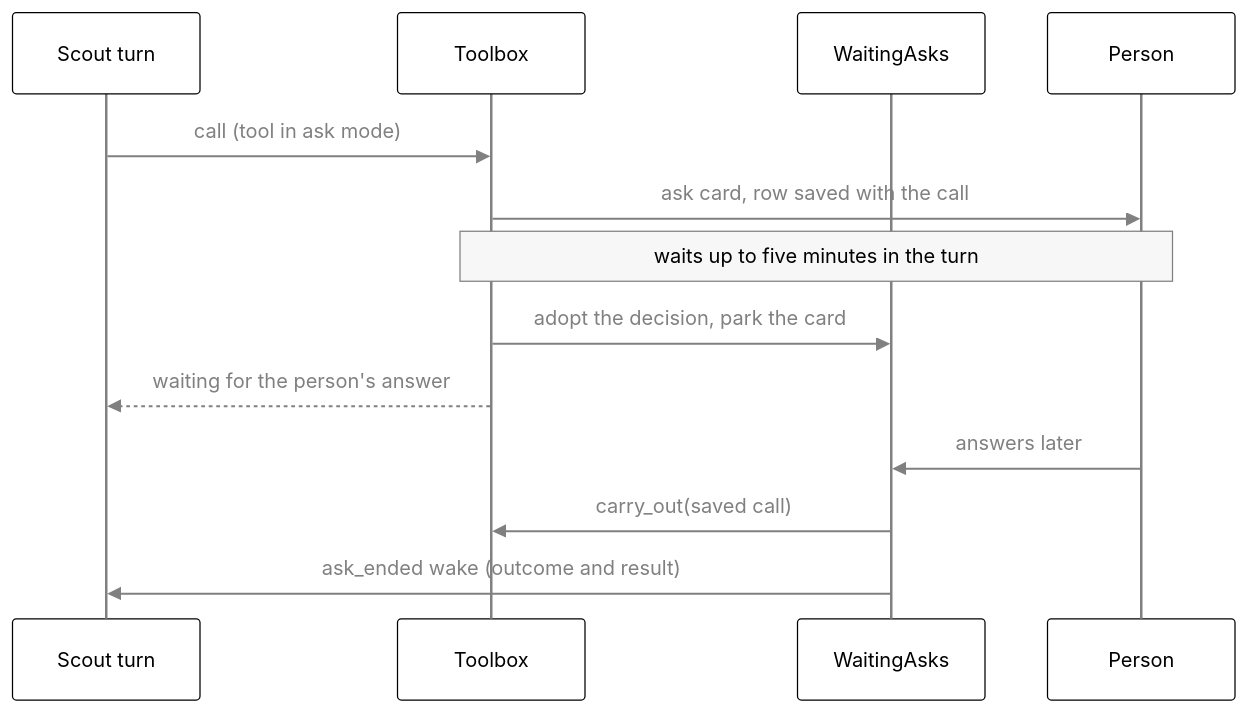
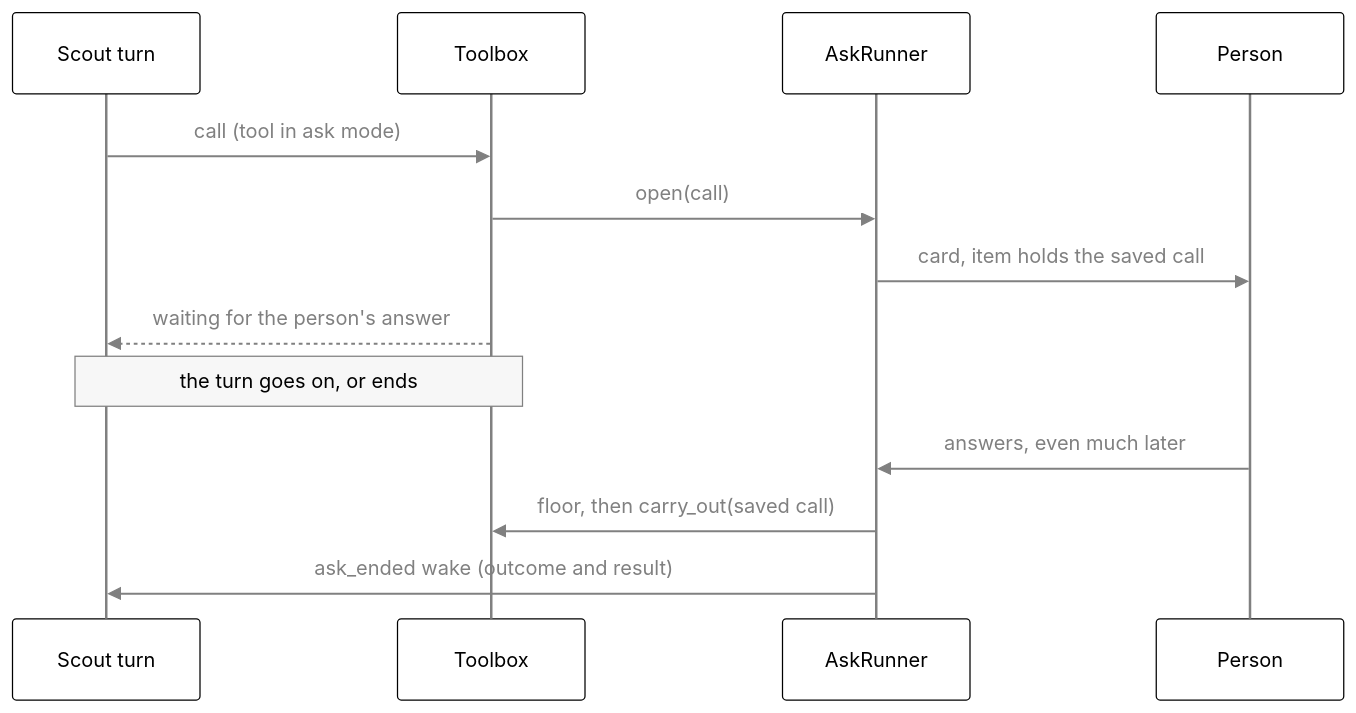
One commit to nadeem4/tagalong changed the sixth of 14 diagrams in docs/brain.md. Above: the diagram before and after it, drawn with Mermaid. The commit also changed other lines of this file and 26 other files, not shown here.

First line of the commit message:
refactor(brain): a turn never waits for a card, answers run later (F6) (#360)

````diff
--- a/docs/brain.md
+++ b/docs/brain.md
@@ -709,16 +693,16 @@
 ```mermaid
 %%{init: {"theme": "base", "themeVariables": {"primaryColor": "#ffffff", "primaryTextColor": "#000000", "primaryBorderColor": "#000000", "lineColor": "#808080", "arrowheadColor": "#808080", "secondaryColor": "#f2f2f2", "tertiaryColor": "#ffffff", "clusterBkg": "#f7f7f7", "clusterBorder": "#808080", "edgeLabelBackground": "#ffffff", "titleColor": "#808080", "actorBkg": "#ffffff", "actorBorder": "#000000", "actorTextColor": "#000000", "actorLineColor": "#808080", "signalColor": "#808080", "signalTextColor": "#808080", "sequenceNumberColor": "#ffffff", "labelBoxBkgColor": "#ffffff", "labelBoxBorderColor": "#808080", "labelTextColor": "#000000", "loopTextColor": "#808080", "noteBkgColor": "#f7f7f7", "noteBorderColor": "#808080", "noteTextColor": "#000000", "activationBkgColor": "#f7f7f7", "activationBorderColor": "#808080", "fontFamily": "Segoe UI, Helvetica, Arial, sans-serif"}}}%%
 sequenceDiagram
     participant S as Scout turn
     participant T as Toolbox
-    participant W as WaitingAsks
+    participant R as AskRunner
     participant P as Person
     S->>T: call (tool in ask mode)
-    T->>P: ask card, row saved with the call
-    Note over T,P: waits up to five minutes in the turn
-    T->>W: adopt the decision, park the card
+    T->>R: open(call)
+    R->>P: card, item holds the saved call
     T-->>S: waiting for the person's answer
-    P->>W: answers later
-    W->>T: carry_out(saved call)
-    W->>S: ask_ended wake (outcome and result)
+    Note over S,T: the turn goes on, or ends
+    P->>R: answers, even much later
+    R->>T: floor, then carry_out(saved call)
+    R->>S: ask_ended wake (outcome and result)
 ```
````
